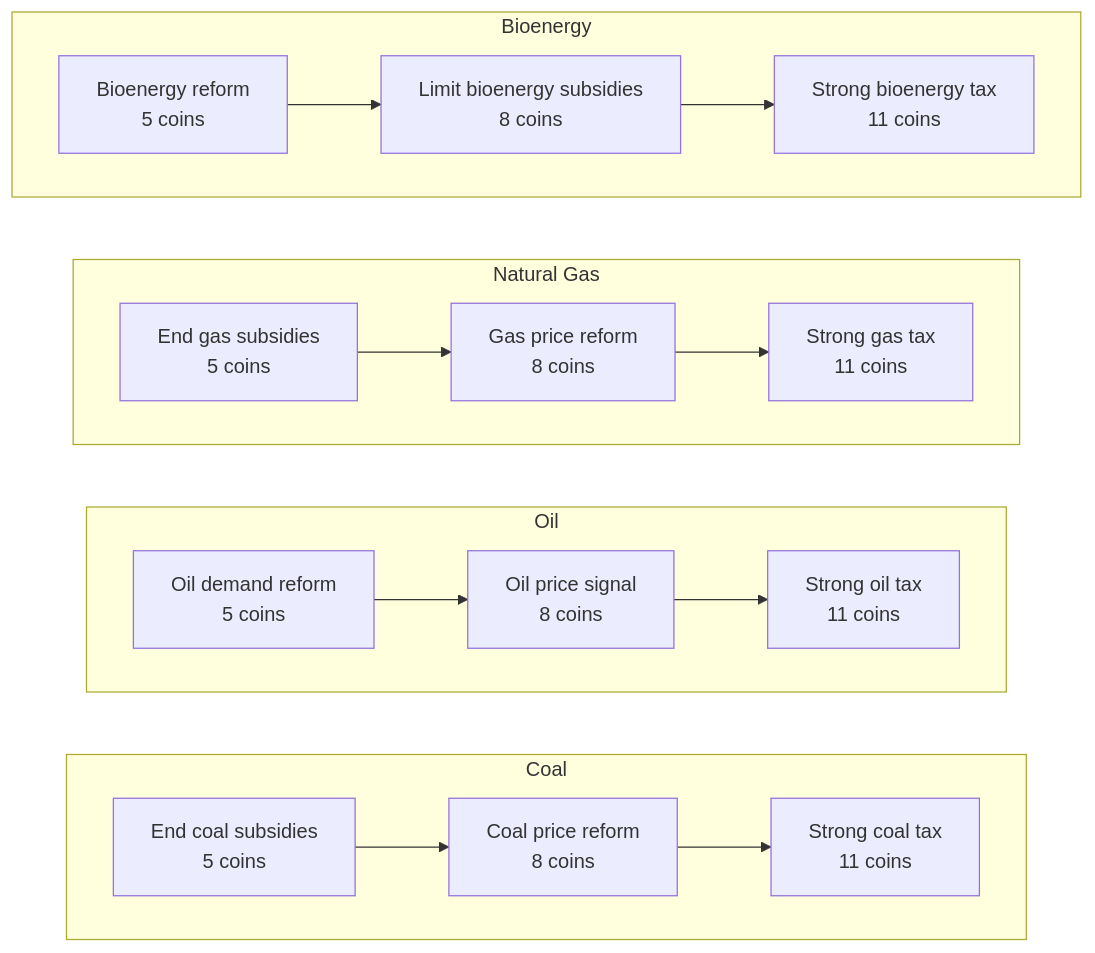
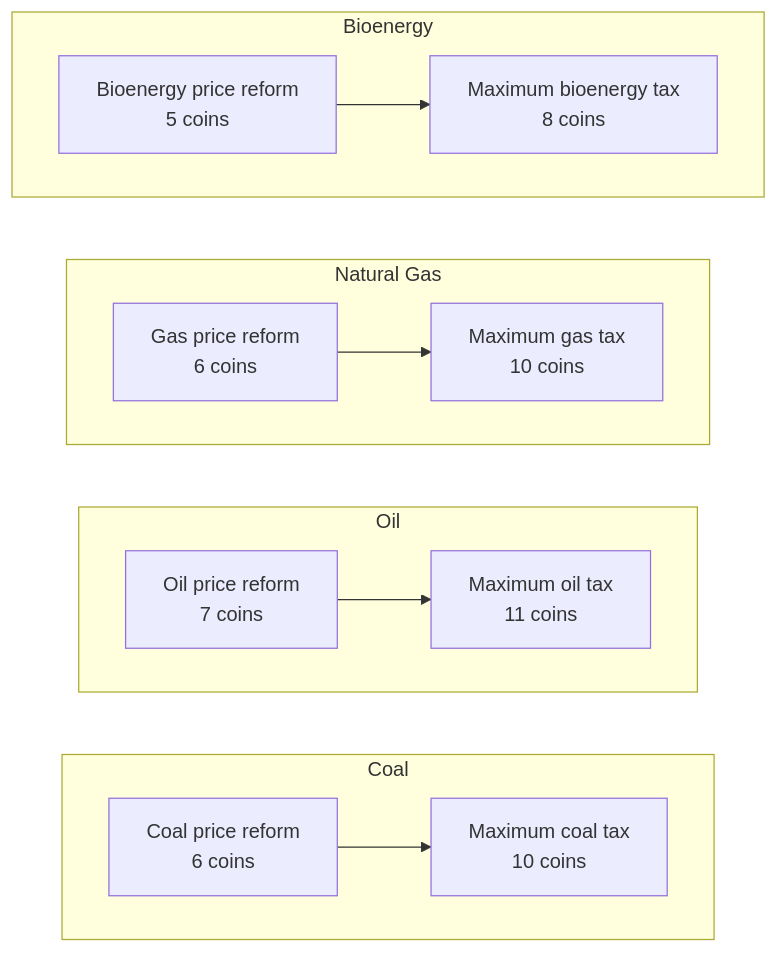
One commit to A-Weedy-Place/APECS_card-game changed the first of 9 diagrams in public/card-guide.md. Above: the diagram before and after it, drawn with Mermaid. The commit also changed other lines of this file and 43 other files, not shown here.

````diff
--- a/public/card-guide.md
+++ b/public/card-guide.md
@@ -35,35 +35,27 @@
 ```mermaid
 flowchart LR
-  subgraph path_coal["Coal"]
+  subgraph coal["Coal"]
     direction LR
-    coal_main_1["End coal subsidies<br/>5 coins"]
-    coal_main_2["Coal price reform<br/>8 coins"]
-    coal_main_3["Strong coal tax<br/>11 coins"]
-    coal_main_1 --> coal_main_2
-    coal_main_2 --> coal_main_3
+    coal_v11_1["Coal price reform<br/>6 coins"]
+    coal_v11_2["Maximum coal tax<br/>10 coins"]
+    coal_v11_1 --> coal_v11_2
   end
-  subgraph path_oil["Oil"]
+  subgraph oil["Oil"]
     direction LR
-    oil_main_1["Oil demand reform<br/>5 coins"]
-    oil_main_2["Oil price signal<br/>8 coins"]
-    oil_main_3["Strong oil tax<br/>11 coins"]
-    oil_main_1 --> oil_main_2
-    oil_main_2 --> oil_main_3
+    oil_v11_1["Oil price reform<br/>7 coins"]
+    oil_v11_2["Maximum oil tax<br/>11 coins"]
+    oil_v11_1 --> oil_v11_2
   end
-  subgraph path_gas["Natural Gas"]
+  subgraph gas["Natural Gas"]
     direction LR
-    gas_main_1["End gas subsidies<br/>5 coins"]
-    gas_main_2["Gas price reform<br/>8 coins"]
-    gas_main_3["Strong gas tax<br/>11 coins"]
-    gas_main_1 --> gas_main_2
-    gas_main_2 --> gas_main_3
+    gas_v11_1["Gas price reform<br/>6 coins"]
+    gas_v11_2["Maximum gas tax<br/>10 coins"]
+    gas_v11_1 --> gas_v11_2
   end
-  subgraph path_bioenergy["Bioenergy"]
+  subgraph bioenergy["Bioenergy"]
     direction LR
-    bioenergy_main_1["Bioenergy reform<br/>5 coins"]
-    bioenergy_main_2["Limit bioenergy subsidies<br/>8 coins"]
-    bioenergy_main_3["Strong bioenergy tax<br/>11 coins"]
-    bioenergy_main_1 --> bioenergy_main_2
-    bioenergy_main_2 --> bioenergy_main_3
+    bioenergy_v11_1["Bioenergy price reform<br/>5 coins"]
+    bioenergy_v11_2["Maximum bioenergy tax<br/>8 coins"]
+    bioenergy_v11_1 --> bioenergy_v11_2
   end
 ```
````
